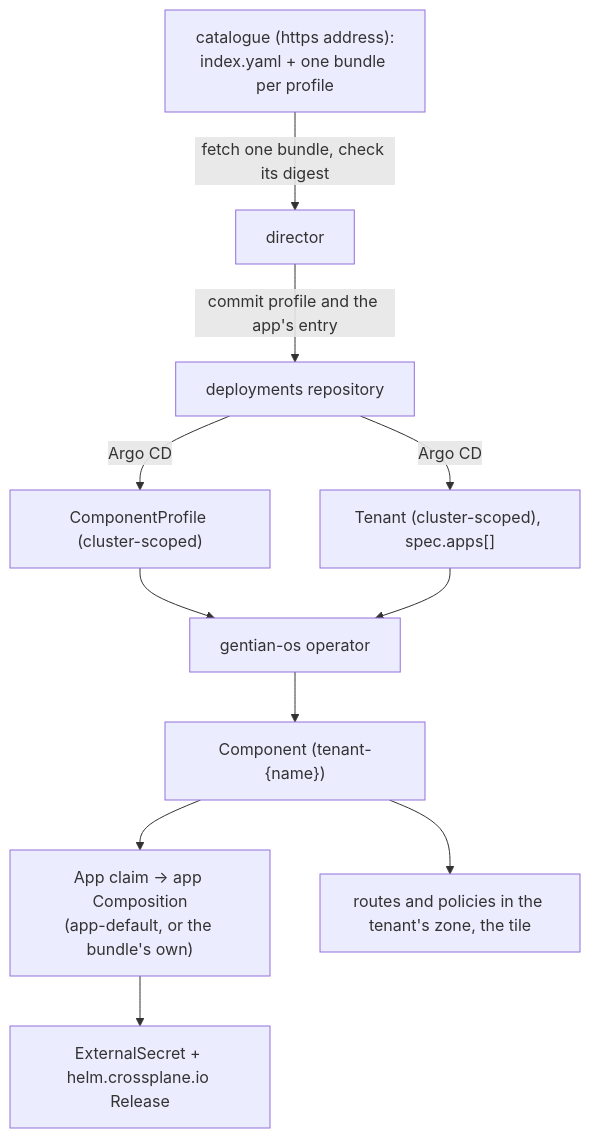
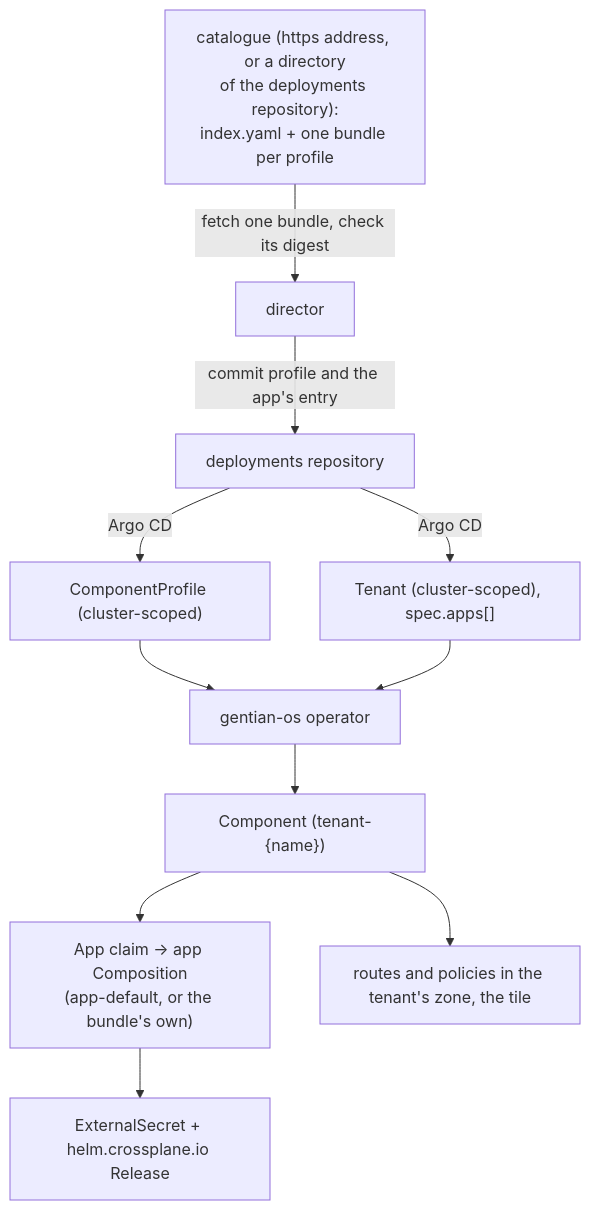
One commit to gentian-org/gentian-os changed the first of 2 diagrams in docs/design/app-catalogue.md. Above: the diagram before and after it, drawn with Mermaid. The commit also changed other lines of this file and 29 other files, not shown here.

````diff
--- a/docs/design/app-catalogue.md
+++ b/docs/design/app-catalogue.md
@@ -12,21 +12,21 @@
 ```mermaid
 flowchart TD
-    Catalogue["catalogue (https address):<br>index.yaml + one bundle per profile"]
+    Catalogue["catalogue (https address, or a directory<br>of the deployments repository):<br>index.yaml + one bundle per profile"]
     Director["director"]
     Git["deployments repository"]
     Profile["ComponentProfile (cluster-scoped)"]
     Tenant["Tenant (cluster-scoped), spec.apps[]"]
     Operator["gentian-os operator"]
     Component["Component (tenant-{name})"]
     Claim["App claim → app Composition<br>(app-default, or the bundle's own)"]
     Release["ExternalSecret + helm.crossplane.io Release"]
     Routes["routes and policies in the tenant's zone, the tile"]
 
     Catalogue -->|"fetch one bundle, check its digest"| Director
     Director -->|"commit profile and the app's entry"| Git
     Git -->|"Argo CD"| Profile & Tenant
     Profile & Tenant --> Operator
     Operator --> Component
     Component --> Claim --> Release
     Component --> Routes
 ```
````
